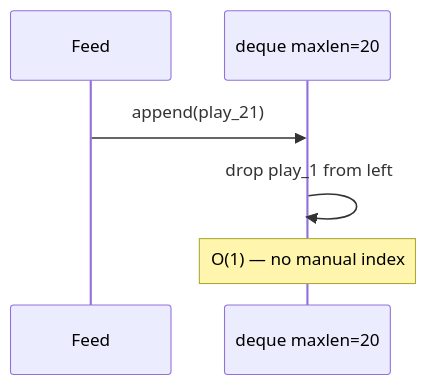
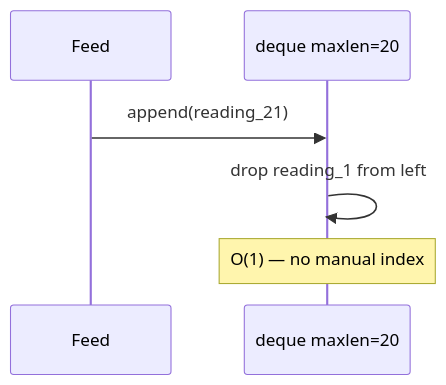
One commit to qgjones9/python-programming-guide changed the sixth of 7 diagrams in docs/dsa/data-structures/dequeue-deque/index.md. Above: the diagram before and after it, drawn with Mermaid. The commit also changed other lines of this file and 29 other files, not shown here.

````diff
--- a/docs/dsa/data-structures/dequeue-deque/index.md
+++ b/docs/dsa/data-structures/dequeue-deque/index.md
@@ -553,8 +549,8 @@
 ```mermaid
 sequenceDiagram
   participant Feed
   participant D as deque maxlen=20
-  Feed->>D: append(play_21)
-  D->>D: drop play_1 from left
+  Feed->>D: append(reading_21)
+  D->>D: drop reading_1 from left
   Note over D: O(1) — no manual index
 ```
````
